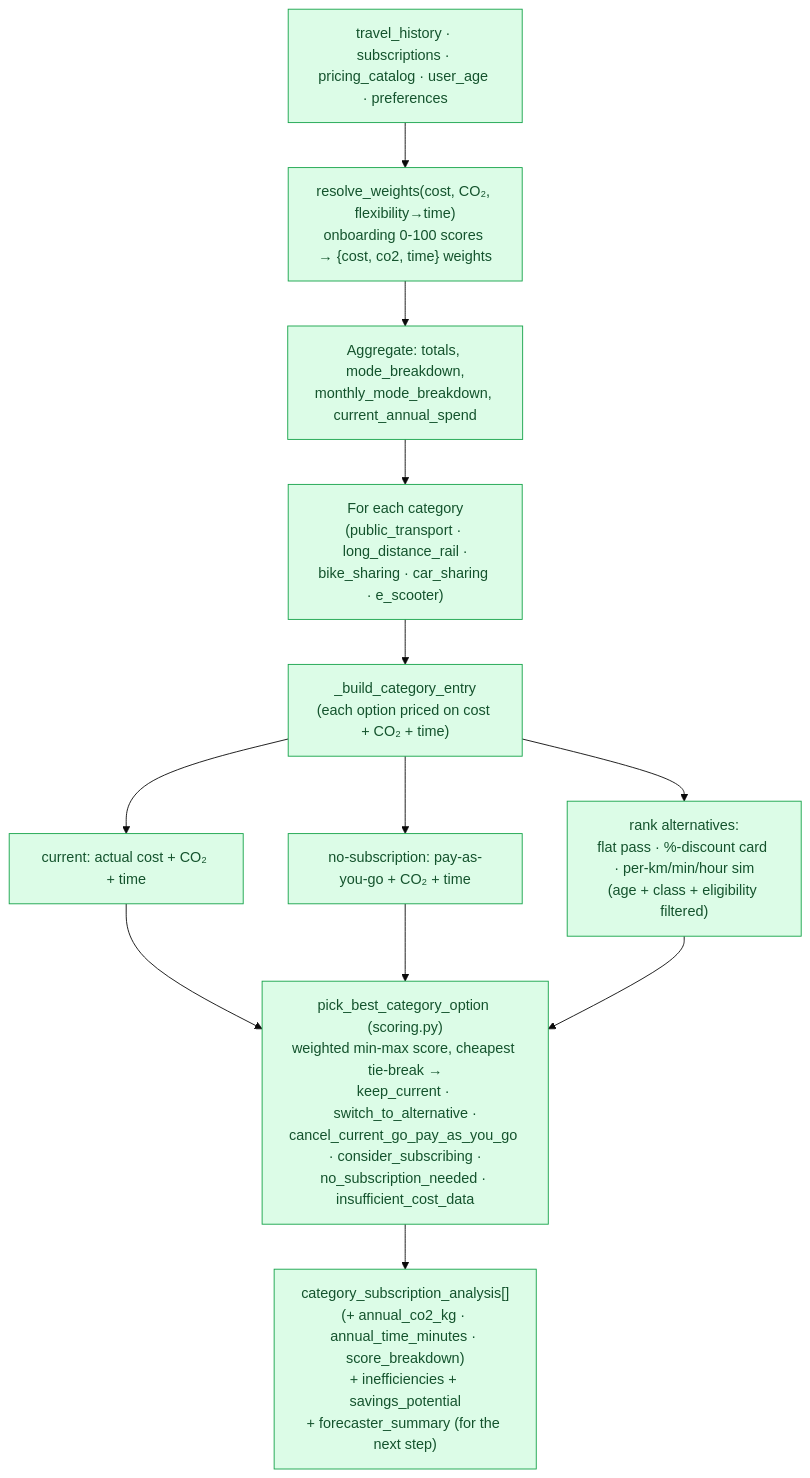
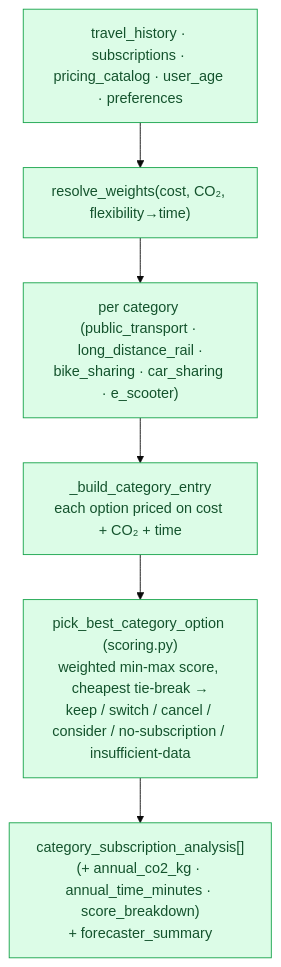
One commit to tjorgeo/AIIM_DB_mobility_advisior changed the fourth of 13 diagrams in DELIVERABLES/BACKEND_ARCHITECTURE_REPORT.md. Above: the diagram before and after it, drawn with Mermaid (base theme). The commit also changed other lines of this file and 2 other files, not shown here.

First line of the commit message:
Refactor test mode factors to dynamically locate gen_personas.py

````diff
--- a/DELIVERABLES/BACKEND_ARCHITECTURE_REPORT.md
+++ b/DELIVERABLES/BACKEND_ARCHITECTURE_REPORT.md
@@ -222,16 +192,10 @@
 ```mermaid
 flowchart TD
-    IN["travel_history · subscriptions · pricing_catalog · user_age · preferences"] --> WT["resolve_weights(cost, CO₂, flexibility→time)<br/>onboarding 0-100 scores → {cost, co2, time} weights"]
-    WT --> AGG["Aggregate: totals, mode_breakdown,<br/>monthly_mode_breakdown, current_annual_spend"]
-    AGG --> CATS["For each category<br/>(public_transport · long_distance_rail ·<br/>bike_sharing · car_sharing · e_scooter)"]
-
-    CATS --> BUILD["_build_category_entry<br/>(each option priced on cost + CO₂ + time)"]
-    BUILD --> C1["current: actual cost + CO₂ + time"]
-    BUILD --> C2["no-subscription: pay-as-you-go + CO₂ + time"]
-    BUILD --> C3["rank alternatives:<br/>flat pass · %-discount card · per-km/min/hour sim<br/>(age + class + eligibility filtered)"]
-    C1 & C2 & C3 --> PICK["pick_best_category_option (scoring.py)<br/>weighted min-max score, cheapest tie-break →<br/>keep_current · switch_to_alternative ·<br/>cancel_current_go_pay_as_you_go · consider_subscribing ·<br/>no_subscription_needed · insufficient_cost_data"]
-    PICK --> OUT["category_subscription_analysis[]<br/>(+ annual_co2_kg · annual_time_minutes · score_breakdown)<br/>+ inefficiencies + savings_potential<br/>+ forecaster_summary (for the next step)"]
-
+    IN["travel_history · subscriptions · pricing_catalog · user_age · preferences"] --> WT["resolve_weights(cost, CO₂, flexibility→time)"]
+    WT --> CATS["per category (public_transport · long_distance_rail ·<br/>bike_sharing · car_sharing · e_scooter)"]
+    CATS --> BUILD["_build_category_entry<br/>each option priced on cost + CO₂ + time"]
+    BUILD --> PICK["pick_best_category_option (scoring.py)<br/>weighted min-max score, cheapest tie-break →<br/>keep / switch / cancel / consider / no-subscription / insufficient-data"]
+    PICK --> OUT["category_subscription_analysis[]<br/>(+ annual_co2_kg · annual_time_minutes · score_breakdown)<br/>+ forecaster_summary"]
     classDef det fill:#dcfce7,stroke:#16a34a,color:#14532d;
-    class IN,WT,AGG,CATS,BUILD,C1,C2,C3,PICK,OUT det;
+    class IN,WT,CATS,BUILD,PICK,OUT det;
 ```
````
